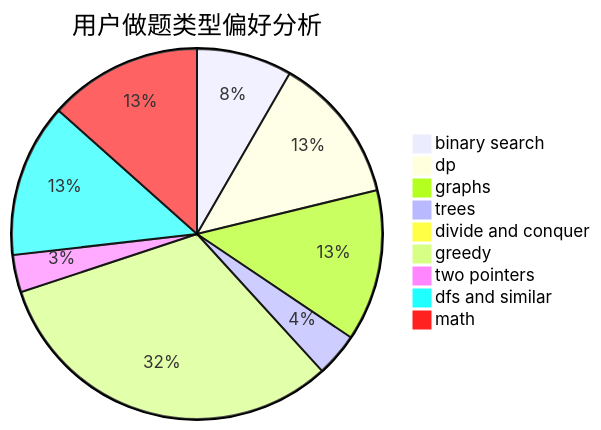
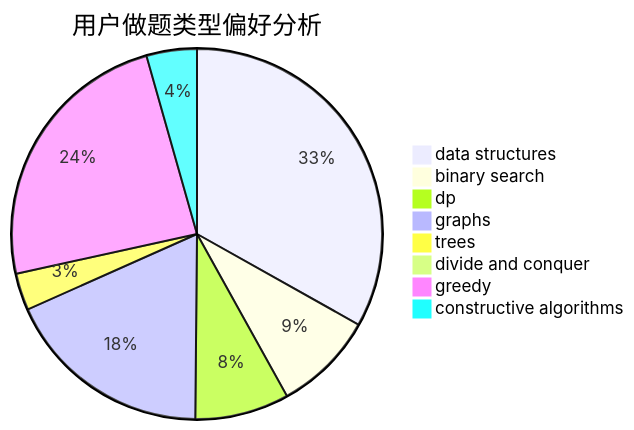
Before and after one commit to sherpahu/cfrs.github.io: the second of 3 diagrams in docs/user/u2073.md, drawn with Mermaid. The commit also changed other lines of this file and 2775 other files, not shown here.

````diff
--- a/docs/user/u2073.md
+++ b/docs/user/u2073.md
@@ -23,12 +23,11 @@
 ```mermaid
 pie title 用户做题类型偏好分析
-    "binary search" :  46
-    "dp" :  71
-    "graphs" :  73
-    "trees" :  21
+    "data structures" :  113
+    "binary search" :  30
+    "dp" :  28
+    "graphs" :  62
+    "trees" :  11
     "divide and conquer" :  0
-    "greedy" :  175
-    "two pointers" :  18
-    "dfs and similar" :  74
-    "math" :  74
+    "greedy" :  82
+    "constructive algorithms" :  15
 ```
````
